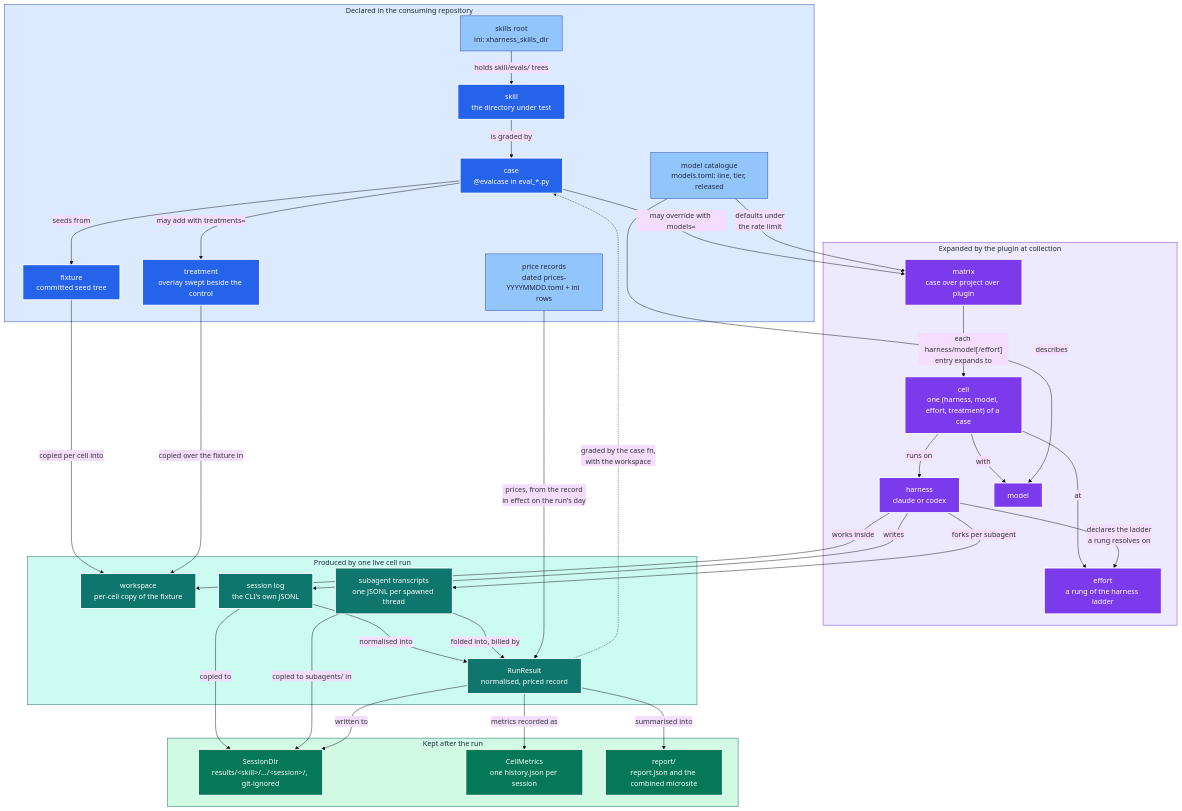
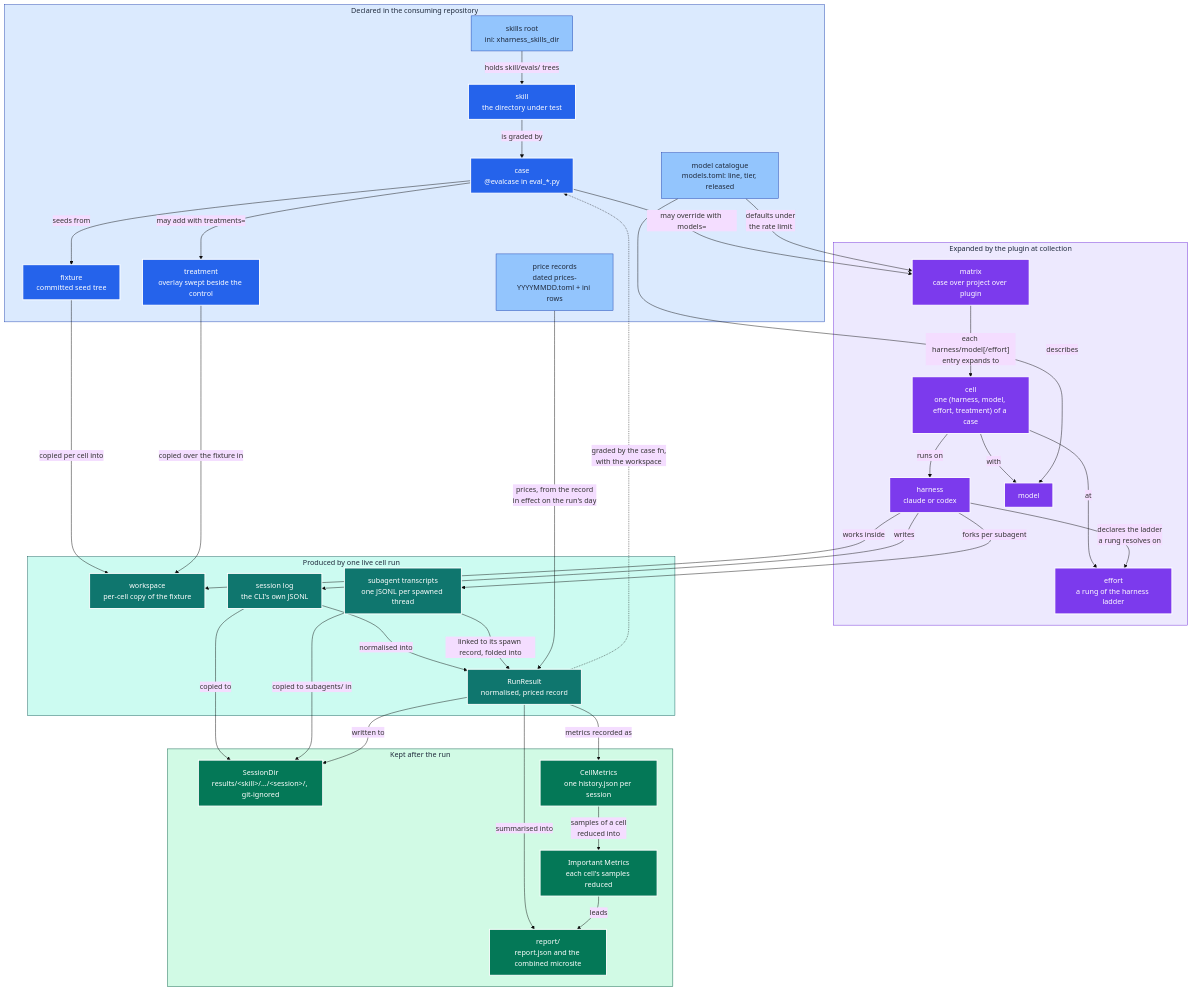
One commit to neozenith/pytest-xharness-eval changed the diagram in GLOSSARY.md. Above: the diagram before and after it, drawn with Mermaid (base theme). The commit also changed other lines of this file and 87 other files, not shown here.

First line of the commit message:
Important Metrics, subagent linking, and tool and skill cost (#16)

````diff
--- a/GLOSSARY.md
+++ b/GLOSSARY.md
@@ -87,74 +94,77 @@
 ```mermaid
 flowchart TB
     subgraph declared["Declared in the consuming repository"]
         ROOT["skills root<br/>ini: xharness_skills_dir"]:::cfg
         SKILL["skill<br/>the directory under test"]:::declare
         CASE["case<br/>@evalcase in eval_*.py"]:::declare
         FIX["fixture<br/>committed seed tree"]:::declare
         TREAT["treatment<br/>overlay swept beside the control"]:::declare
         PRICES["price records<br/>dated prices-YYYYMMDD.toml + ini rows"]:::cfg
         CATALOG["model catalogue<br/>models.toml: line, tier, released"]:::cfg
     end
 
     subgraph expanded["Expanded by the plugin at collection"]
         MATRIX["matrix<br/>case over project over plugin"]:::plan
         CELL["cell<br/>one (harness, model, effort, treatment) of a case"]:::plan
         HARNESS["harness<br/>claude or codex"]:::plan
         MODEL["model"]:::plan
         EFFORT["effort<br/>a rung of the harness ladder"]:::plan
     end
 
     subgraph produced["Produced by one live cell run"]
         WS["workspace<br/>per-cell copy of the fixture"]:::data
         LOG["session log<br/>the CLI's own JSONL"]:::data
         SUB["subagent transcripts<br/>one JSONL per spawned thread"]:::data
         RR["RunResult<br/>normalised, priced record"]:::data
     end
 
     subgraph kept["Kept after the run"]
         CAP["SessionDir<br/>results/&lt;skill&gt;/…/&lt;session&gt;/, git-ignored"]:::out
         HIST["CellMetrics<br/>one history.json per session"]:::out
+        IM["Important Metrics<br/>each cell's samples reduced"]:::out
         REP["report/<br/>report.json and the combined microsite"]:::out
     end
 
     ROOT -->|"holds skill/evals/ trees"| SKILL
     SKILL -->|"is graded by"| CASE
     CASE -->|"seeds from"| FIX
     CASE -->|"may override with models="| MATRIX
     MATRIX -->|"each harness/model[/effort]<br/>entry expands to"| CELL
     CELL -->|"runs on"| HARNESS
     CELL -->|"with"| MODEL
     CELL -->|"at"| EFFORT
     HARNESS -->|"declares the ladder<br/>a rung resolves on"| EFFORT
     CATALOG -->|"describes"| MODEL
     CATALOG -->|"defaults under<br/>the rate limit"| MATRIX
     FIX -->|"copied per cell into"| WS
     CASE -->|"may add with treatments="| TREAT
     TREAT -->|"copied over the fixture in"| WS
     HARNESS -->|"works inside"| WS
     HARNESS -->|"writes"| LOG
     HARNESS -->|"forks per subagent"| SUB
     LOG -->|"normalised into"| RR
-    SUB -->|"folded into, billed by"| RR
+    SUB -->|"linked to its spawn record, folded into"| RR
     PRICES -->|"prices, from the record<br/>in effect on the run's day"| RR
     RR -.->|"graded by the case fn,<br/>with the workspace"| CASE
     LOG -->|"copied to"| CAP
     SUB -->|"copied to subagents/ in"| CAP
     RR -->|"written to"| CAP
     RR -->|"metrics recorded as"| HIST
     RR -->|"summarised into"| REP
+    HIST -->|"samples of a cell<br/>reduced into"| IM
+    IM -->|"leads"| REP
 
     classDef declare fill:#2563eb,stroke:#fff,color:#fff,stroke-width:2px
     classDef cfg     fill:#93c5fd,stroke:#1e40af,color:#1e293b,stroke-width:1px
     classDef plan    fill:#7c3aed,stroke:#fff,color:#fff,stroke-width:2px
     classDef data    fill:#0f766e,stroke:#fff,color:#fff,stroke-width:2px
     classDef out     fill:#047857,stroke:#fff,color:#fff,stroke-width:2px
     classDef sgDeclare  fill:#dbeafe,stroke:#1e40af,color:#1e293b
     classDef sgExpand   fill:#ede9fe,stroke:#6d28d9,color:#1e293b
     classDef sgProduced fill:#ccfbf1,stroke:#115e59,color:#1e293b
     classDef sgKept     fill:#d1fae5,stroke:#065f46,color:#1e293b
     class declared sgDeclare
     class expanded sgExpand
     class produced sgProduced
     class kept sgKept
 ```
````
